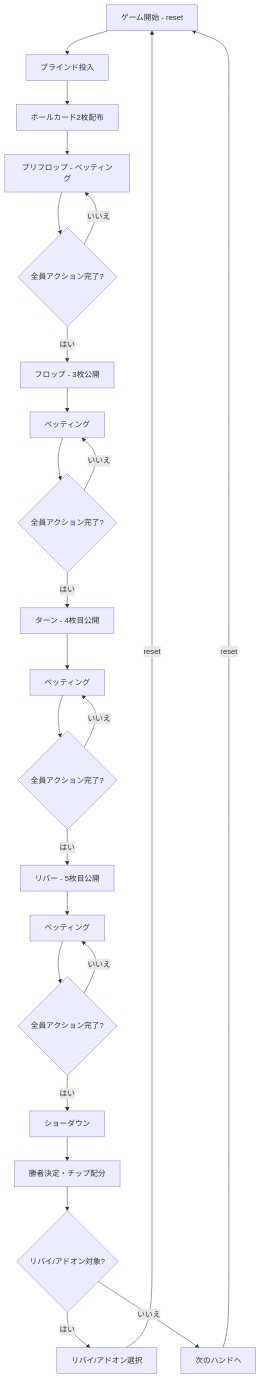
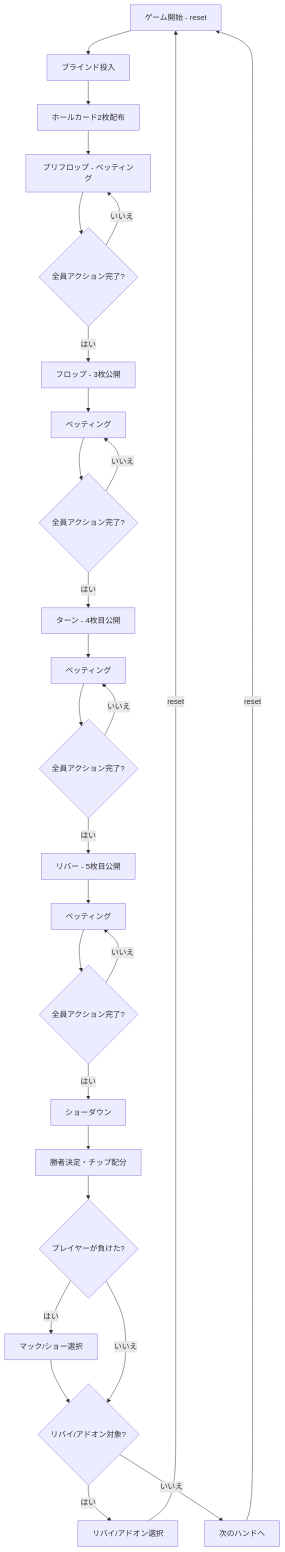
The diagram in docs/manual/cui/holdem.md (yuta-yoshinaga/go_trumpcards), drawn with Mermaid before and after one commit. The commit also changed other lines of this file and 31 other files, not shown here.

````diff
--- a/docs/manual/cui/holdem.md
+++ b/docs/manual/cui/holdem.md
@@ -73,27 +74,30 @@
 ```mermaid
 flowchart TD
     A[ゲーム開始 - reset] --> B[ブラインド投入]
     B --> C[ホールカード2枚配布]
     C --> D[プリフロップ - ベッティング]
     D --> E{全員アクション完了?}
     E -->|いいえ| D
     E -->|はい| F[フロップ - 3枚公開]
     F --> G[ベッティング]
     G --> H{全員アクション完了?}
     H -->|いいえ| G
     H -->|はい| I[ターン - 4枚目公開]
     I --> J[ベッティング]
     J --> K{全員アクション完了?}
     K -->|いいえ| J
     K -->|はい| L[リバー - 5枚目公開]
     L --> M[ベッティング]
     M --> N{全員アクション完了?}
     N -->|いいえ| M
     N -->|はい| O[ショーダウン]
     O --> P[勝者決定・チップ配分]
-    P --> Q{リバイ/アドオン対象?}
+    P --> P2{プレイヤーが負けた?}
+    P2 -->|はい| P3[マック/ショー選択]
+    P3 --> Q{リバイ/アドオン対象?}
+    P2 -->|いいえ| Q{リバイ/アドオン対象?}
     Q -->|はい| R[リバイ/アドオン選択]
     R -->|reset| A
     Q -->|いいえ| S[次のハンドへ]
     S -->|reset| A
 ```
````
